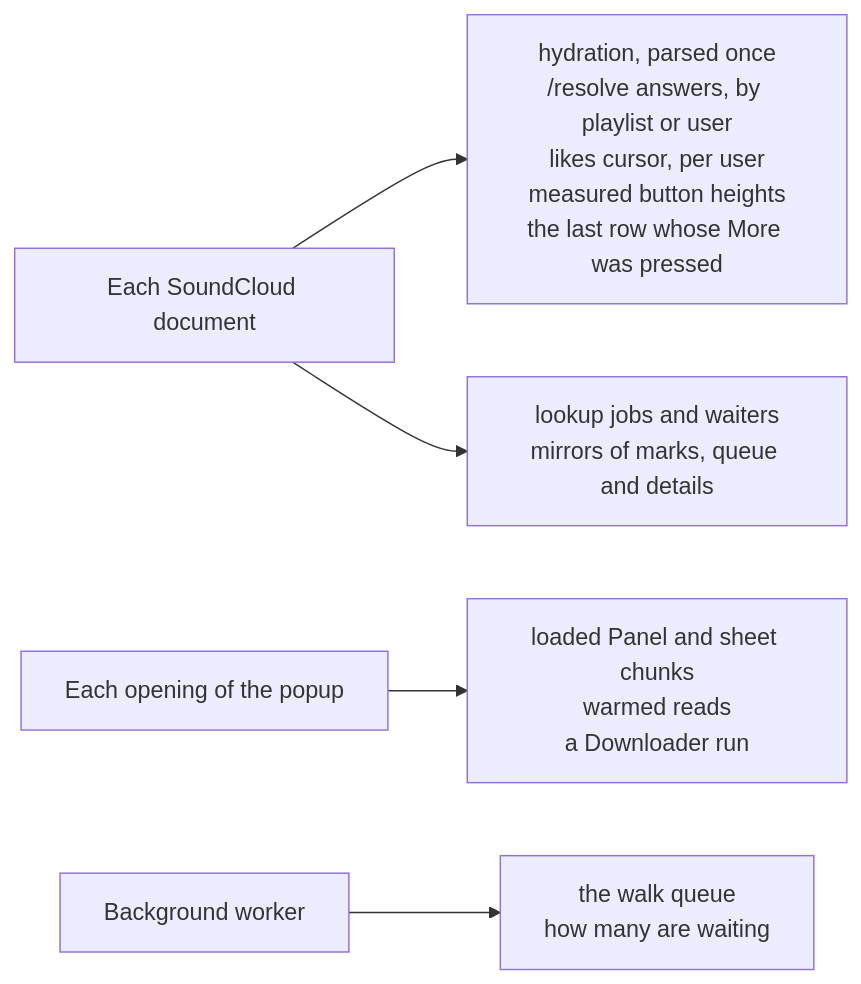
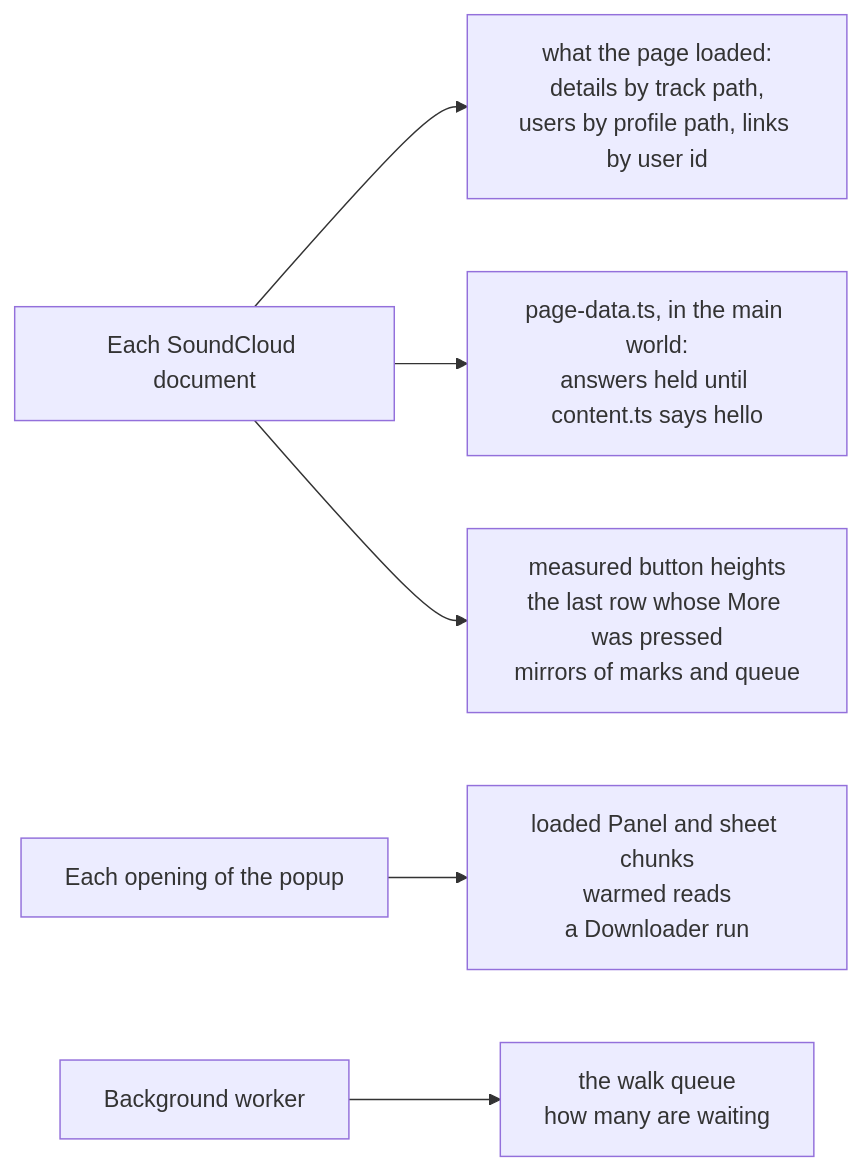
One commit to cutenode/localnetwork changed the fourth of 9 diagrams in apps/localtoolbox/docs/diagrams/state.md. Above: the diagram before and after it, drawn with Mermaid. The commit also changed other lines of this file and 65 other files, not shown here.

First line of the commit message:
fix(localtoolbox): read SoundCloud data from what its page loads instead of its API

````diff
--- a/apps/localtoolbox/docs/diagrams/state.md
+++ b/apps/localtoolbox/docs/diagrams/state.md
@@ -87,15 +89,17 @@
 ```mermaid
 flowchart LR
   Doc["Each SoundCloud document"]
   Popup["Each opening of the popup"]
   Worker["Background worker"]
-  Page["hydration, parsed once<br/>/resolve answers, by playlist or user<br/>likes cursor, per user<br/>measured button heights<br/>the last row whose More was pressed"]
-  Jobs["lookup jobs and waiters<br/>mirrors of marks, queue and details"]
+  Learned["what the page loaded:<br/>details by track path,<br/>users by profile path, links by user id"]
+  Held["page-data.ts, in the main world:<br/>answers held until content.ts says hello"]
+  Page["measured button heights<br/>the last row whose More was pressed<br/>mirrors of marks and queue"]
   Chunks["loaded Panel and sheet chunks<br/>warmed reads<br/>a Downloader run"]
   Turn["the walk queue<br/>how many are waiting"]
 
+  Doc --> Learned
+  Doc --> Held
   Doc --> Page
-  Doc --> Jobs
   Popup --> Chunks
   Worker --> Turn
 ```
````
